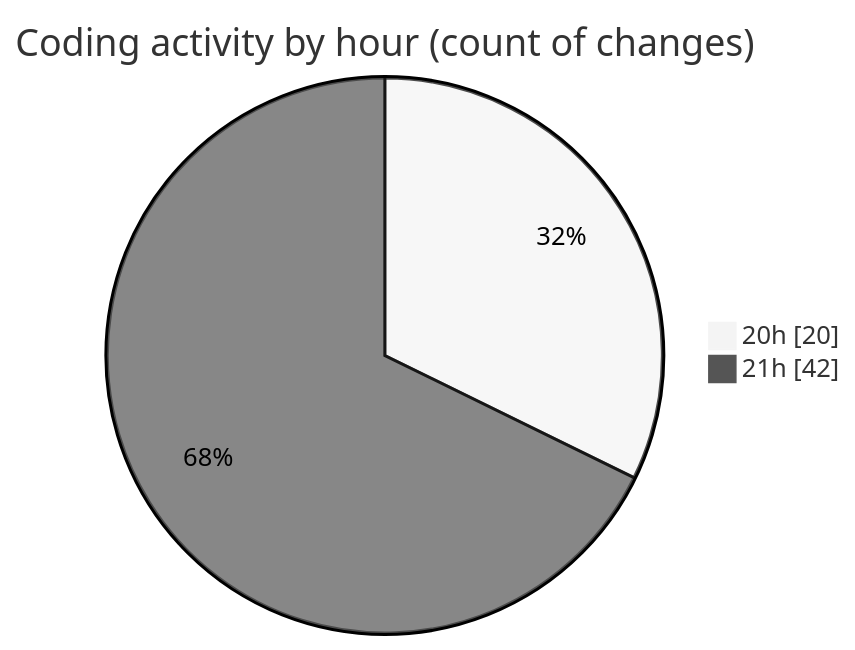
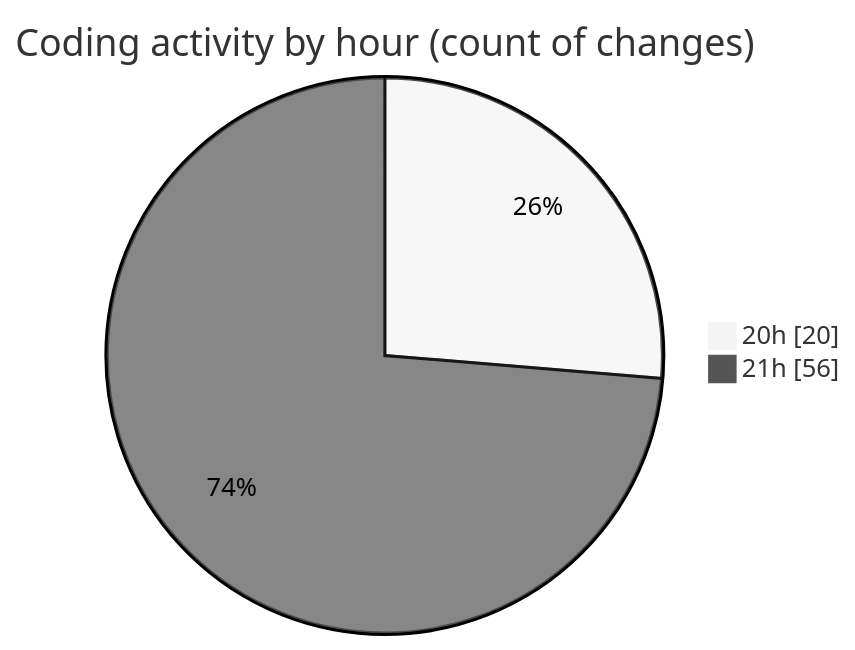
One commit to lephambinh05/code-tracking changed the second of 2 diagrams in 2025-08-19/quytuthien_vn/README.md. Above: the diagram before and after it, drawn with Mermaid (neutral theme). The commit also changed other lines of this file and 1 other file, not shown here.

````diff
--- a/2025-08-19/quytuthien_vn/README.md
+++ b/2025-08-19/quytuthien_vn/README.md
@@ -80,6 +87,6 @@
 ```mermaid
 pie showData
 title Coding activity by hour (count of changes)
 "20h" : 20
-"21h" : 42
+"21h" : 56
 ```
````
